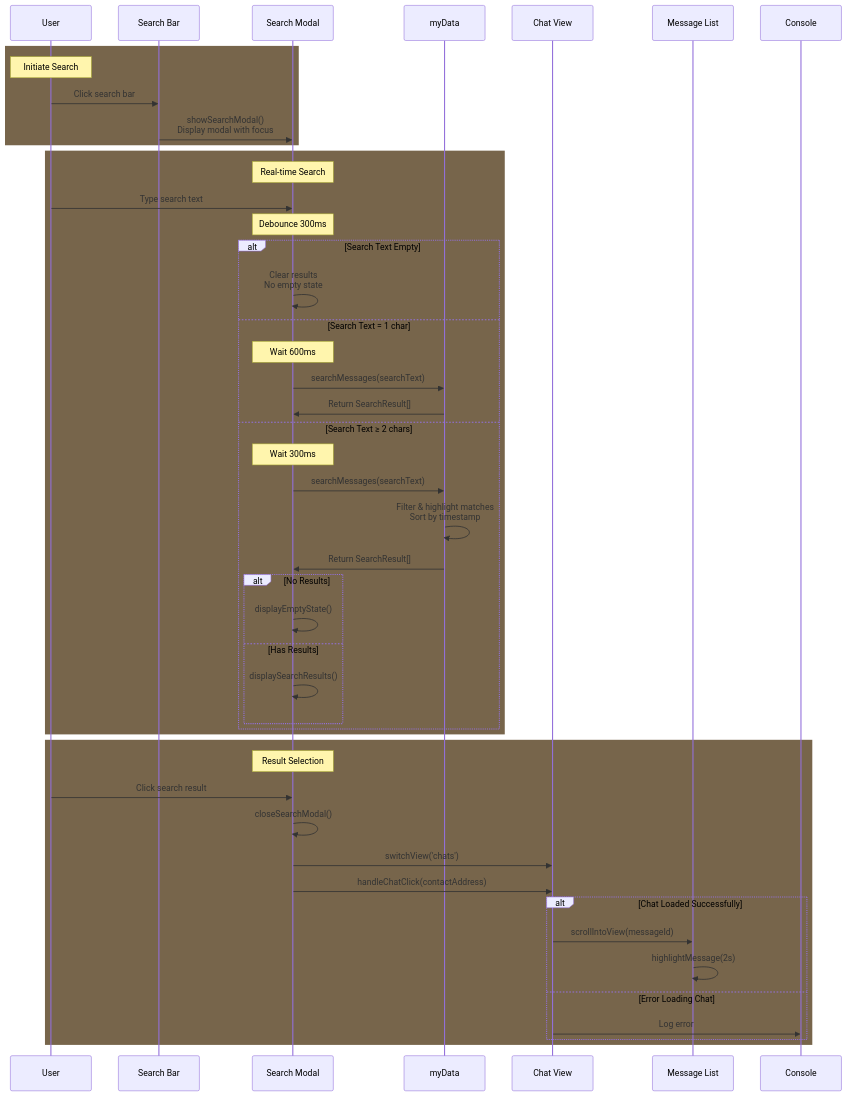
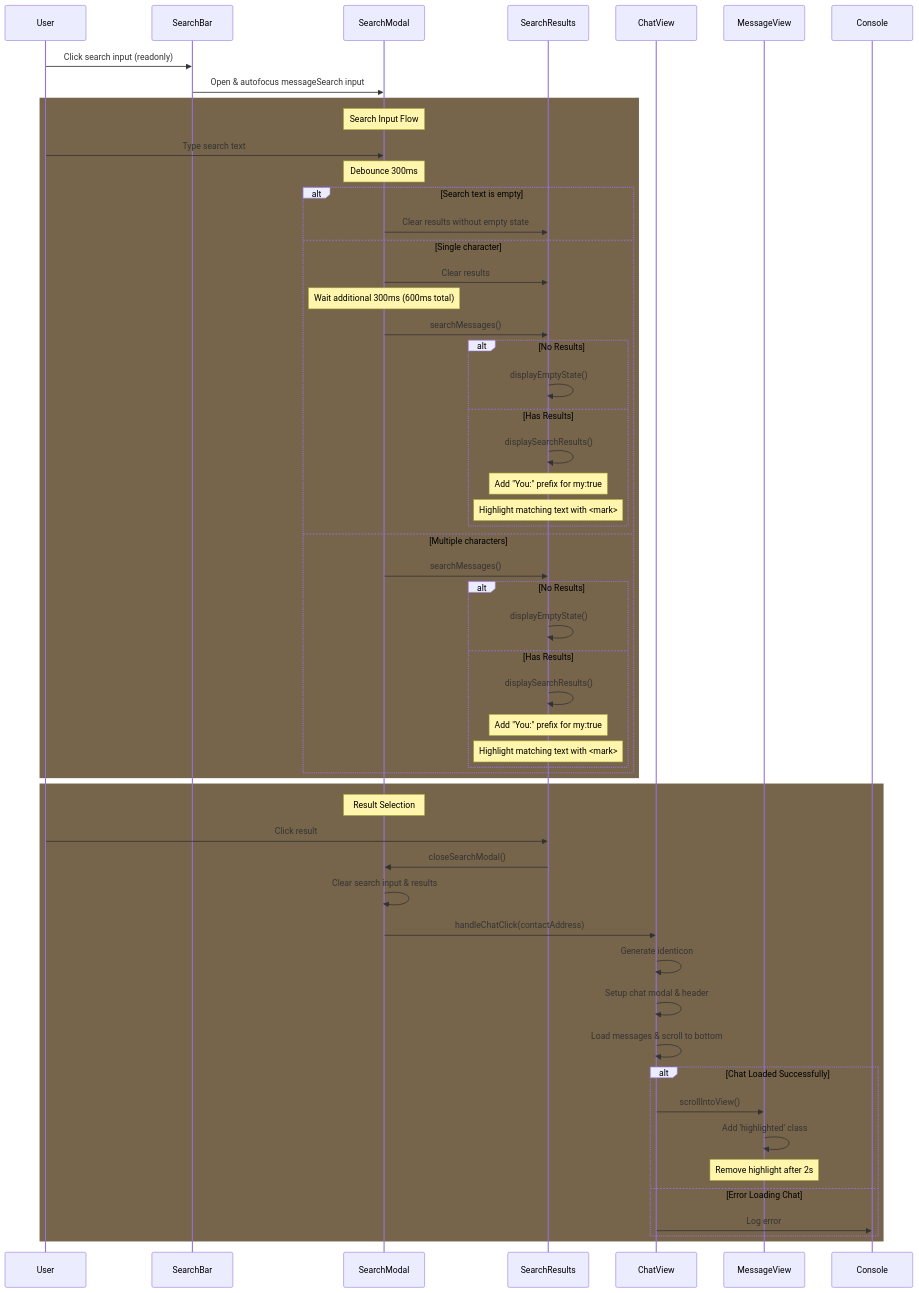
Before and after one commit to silver83p/web-client-v2: the diagram in data_structures_flow/chat-search-flow.md, drawn with Mermaid.

Commit message:
Refine chat search flow diagram with detailed interaction and participant updates
- Enhance sequence diagram with more precise participant names
- Improve search input flow with clearer state handling
- Add detailed notes for search result processing
- Update result selection and chat loading interactions
- Clarify message highlighting and scrolling behavior

````diff
--- a/data_structures_flow/chat-search-flow.md
+++ b/data_structures_flow/chat-search-flow.md
@@ -17,52 +17,60 @@
 ```mermaid
 sequenceDiagram
     participant User
-    participant SearchBar as Search Bar
-    participant Modal as Search Modal
-    participant Data as myData
-    participant Chat as Chat View
-    participant Message as Message List
+    participant SearchBar
+    participant SearchModal
+    participant SearchResults
+    participant ChatView
+    participant MessageView
+
+    User->>SearchBar: Click search input (readonly)
+    SearchBar->>SearchModal: Open & autofocus messageSearch input
 
     rect rgb(119, 101, 75)
-        Note over User: Initiate Search
-        User->>SearchBar: Click search bar
-        SearchBar->>Modal: showSearchModal()<br/>Display modal with focus
-    end
+        Note over SearchModal: Search Input Flow
+        User->>SearchModal: Type search text
+        Note over SearchModal: Debounce 300ms
 
-    rect rgb(119, 101, 75)
-        Note over Modal: Real-time Search
-        User->>Modal: Type search text
-        Note over Modal: Debounce 300ms
-        alt Search Text Empty
-            Modal->>Modal: Clear results<br/>No empty state
-        else Search Text = 1 char
-            Note over Modal: Wait 600ms
-            Modal->>Data: searchMessages(searchText)
-            Data->>Modal: Return SearchResult[]
-        else Search Text ≥ 2 chars
-            Note over Modal: Wait 300ms
-            Modal->>Data: searchMessages(searchText)
-            Data->>Data: Filter & highlight matches<br/>Sort by timestamp
-            Data->>Modal: Return SearchResult[]
+        alt Search text is empty
+            SearchModal->>SearchResults: Clear results without empty state
+        else Single character
+            SearchModal->>SearchResults: Clear results
+            Note over SearchModal: Wait additional 300ms (600ms total)
+            SearchModal->>SearchResults: searchMessages()
             alt No Results
-                Modal->>Modal: displayEmptyState()
+                SearchResults->>SearchResults: displayEmptyState()
             else Has Results
-                Modal->>Modal: displaySearchResults()
+                SearchResults->>SearchResults: displaySearchResults()
+                Note over SearchResults: Add "You:" prefix for my:true
+                Note over SearchResults: Highlight matching text with <mark>
+            end
+        else Multiple characters
+            SearchModal->>SearchResults: searchMessages()
+            alt No Results
+                SearchResults->>SearchResults: displayEmptyState()
+            else Has Results
+                SearchResults->>SearchResults: displaySearchResults()
+                Note over SearchResults: Add "You:" prefix for my:true
+                Note over SearchResults: Highlight matching text with <mark>
             end
         end
     end
 
     rect rgb(119, 101, 75)
-        Note over Modal: Result Selection
-        User->>Modal: Click search result
-        Modal->>Modal: closeSearchModal()
-        Modal->>Chat: switchView('chats')
-        Modal->>Chat: handleChatClick(contactAddress)
+        Note over SearchModal: Result Selection
+        User->>SearchResults: Click result
+        SearchResults->>SearchModal: closeSearchModal()
+        SearchModal->>SearchModal: Clear search input & results
+        SearchModal->>ChatView: handleChatClick(contactAddress)
+        ChatView->>ChatView: Generate identicon
+        ChatView->>ChatView: Setup chat modal & header
+        ChatView->>ChatView: Load messages & scroll to bottom
         alt Chat Loaded Successfully
-            Chat->>Message: scrollIntoView(messageId)
-            Message->>Message: highlightMessage(2s)
+            ChatView->>MessageView: scrollIntoView()
+            MessageView->>MessageView: Add 'highlighted' class
+            Note over MessageView: Remove highlight after 2s
         else Error Loading Chat
-            Chat->>Console: Log error
+            ChatView->>Console: Log error
         end
     end
 ```
````
